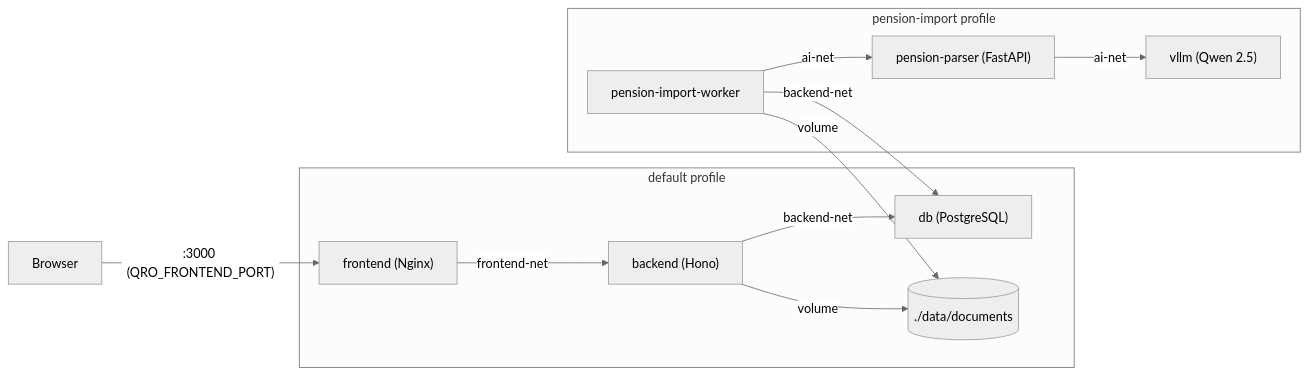
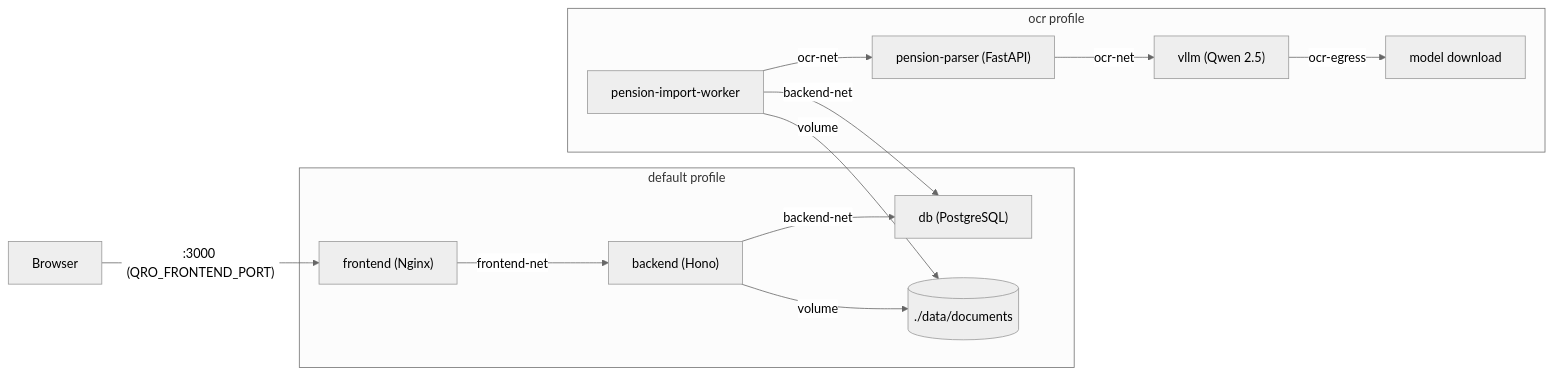
The first of 3 diagrams in docs/architecture.md (Pieter-OHearn/quro), drawn with Mermaid (neutral theme) before and after one commit. The commit also changed other lines of this file and 38 other files, not shown here.

````diff
--- a/docs/architecture.md
+++ b/docs/architecture.md
@@ -28,24 +28,25 @@
 ```mermaid
 graph LR
   Browser -->|":3000 (QRO_FRONTEND_PORT)"| frontend
 
   subgraph "default profile"
     frontend["frontend (Nginx)"]
     backend["backend (Hono)"]
     db["db (PostgreSQL)"]
     documents[("./data/documents")]
     frontend -->|frontend-net| backend
     backend -->|backend-net| db
     backend -->|volume| documents
   end
 
-  subgraph "pension-import profile"
+  subgraph "ocr profile"
     worker["pension-import-worker"]
     parser["pension-parser (FastAPI)"]
     vllm["vllm (Qwen 2.5)"]
     worker -->|backend-net| db
     worker -->|volume| documents
-    worker -->|ai-net| parser
-    parser -->|ai-net| vllm
+    worker -->|ocr-net| parser
+    parser -->|ocr-net| vllm
+    vllm -->|ocr-egress| internet["model download"]
   end
 ```
````
